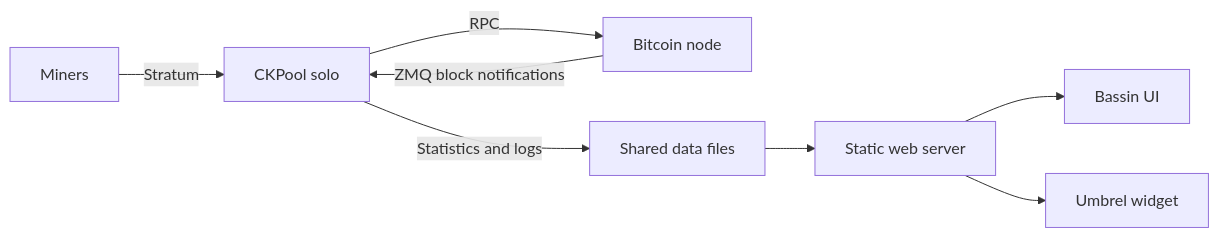
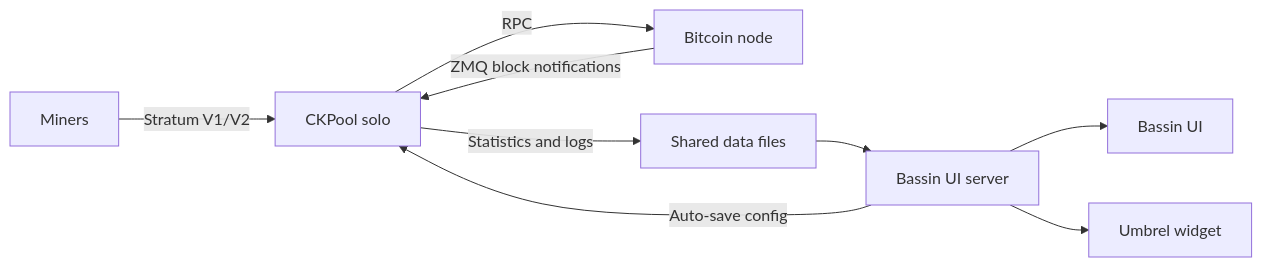
One commit to blockdyor/bassin changed the diagram in README.md. Above: the diagram before and after it, drawn with Mermaid. The commit also changed other lines of this file and 4 other files, not shown here.

Commit message:
Document Bassin 2.1.15: live auto-saving Settings, automatic CKPool reload, and Bitcoin Core/Knots compatibility

````diff
--- a/README.md
+++ b/README.md
@@ -82,10 +82,11 @@
 ```mermaid
 flowchart LR
-  M[Miners] -->|Stratum| P[CKPool solo]
+  M[Miners] -->|Stratum V1/V2| P[CKPool solo]
   P -->|RPC| B[Bitcoin node]
   B -->|ZMQ block notifications| P
   P -->|Statistics and logs| F[Shared data files]
-  F --> S[Static web server]
+  F --> S[Bassin UI server]
+  S -->|Auto-save config| P
   S --> U[Bassin UI]
   S --> W[Umbrel widget]
 ```
````
